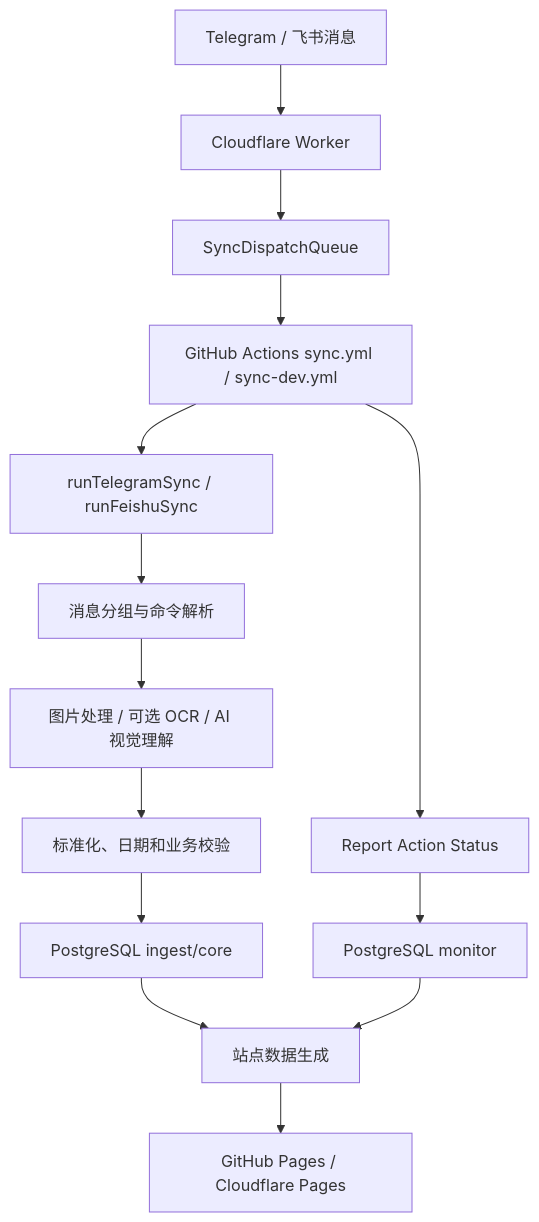
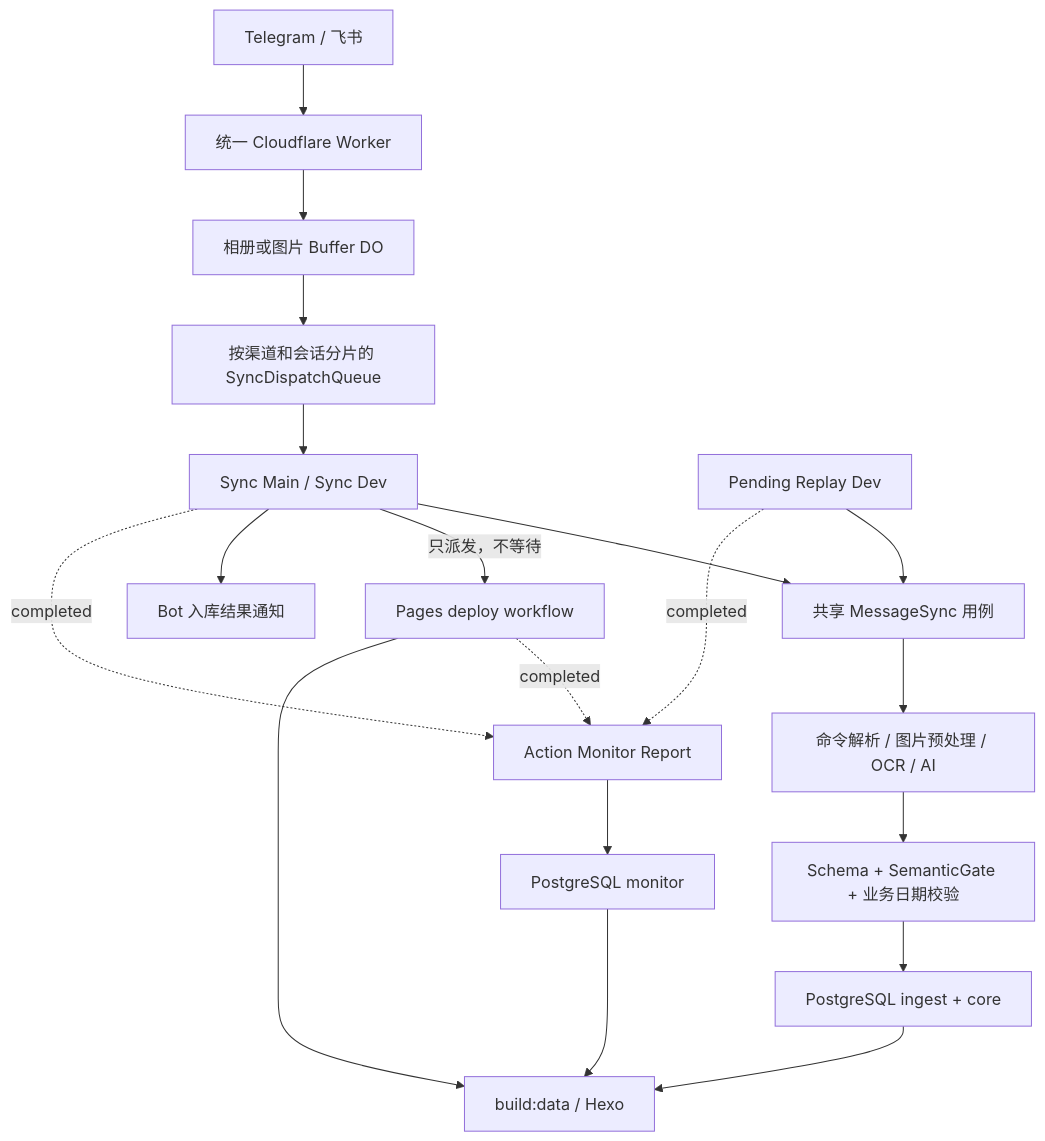
Before and after one commit to soulgo/training_records: the diagram in docs/02_系统核心逻辑/系统总览.md, drawn with Mermaid. The commit also changed other lines of this file and 167 other files, not shown here.

Commit message:
合并 dev 变更到 main，保留生产环境数据

````diff
--- a/docs/02_系统核心逻辑/系统总览.md
+++ b/docs/02_系统核心逻辑/系统总览.md
@@ -9,16 +9,21 @@
 ```mermaid
 flowchart TD
-  A[Telegram / 飞书消息] --> B[Cloudflare Worker]
-  B --> C[SyncDispatchQueue]
-  C --> D[GitHub Actions sync.yml / sync-dev.yml]
-  D --> E[runTelegramSync / runFeishuSync]
-  E --> F[消息分组与命令解析]
-  F --> G[图片处理 / 可选 OCR / AI 视觉理解]
-  G --> H[标准化、日期和业务校验]
-  H --> I[PostgreSQL ingest/core]
-  I --> J[站点数据生成]
-  J --> K[GitHub Pages / Cloudflare Pages]
-  D --> L[Report Action Status]
-  L --> M[PostgreSQL monitor]
-  M --> J
+  A[Telegram / 飞书] --> B[统一 Cloudflare Worker]
+  B --> C[相册或图片 Buffer DO]
+  C --> D[按渠道和会话分片的 SyncDispatchQueue]
+  D --> E[Sync Main / Sync Dev]
+  E --> F[共享 MessageSync 用例]
+  F --> G[命令解析 / 图片预处理 / OCR / AI]
+  G --> H[Schema + SemanticGate + 业务日期校验]
+  H --> I[PostgreSQL ingest + core]
+  E -->|只派发，不等待| J[Pages deploy workflow]
+  E --> K[Bot 入库结果通知]
+  E -. completed .-> L[Action Monitor Report]
+  J -. completed .-> L
+  M[Pending Replay Dev] --> F
+  M -. completed .-> L
+  L --> N[PostgreSQL monitor]
+  I --> O[build:data / Hexo]
+  N --> O
+  J --> O
 ```
````
